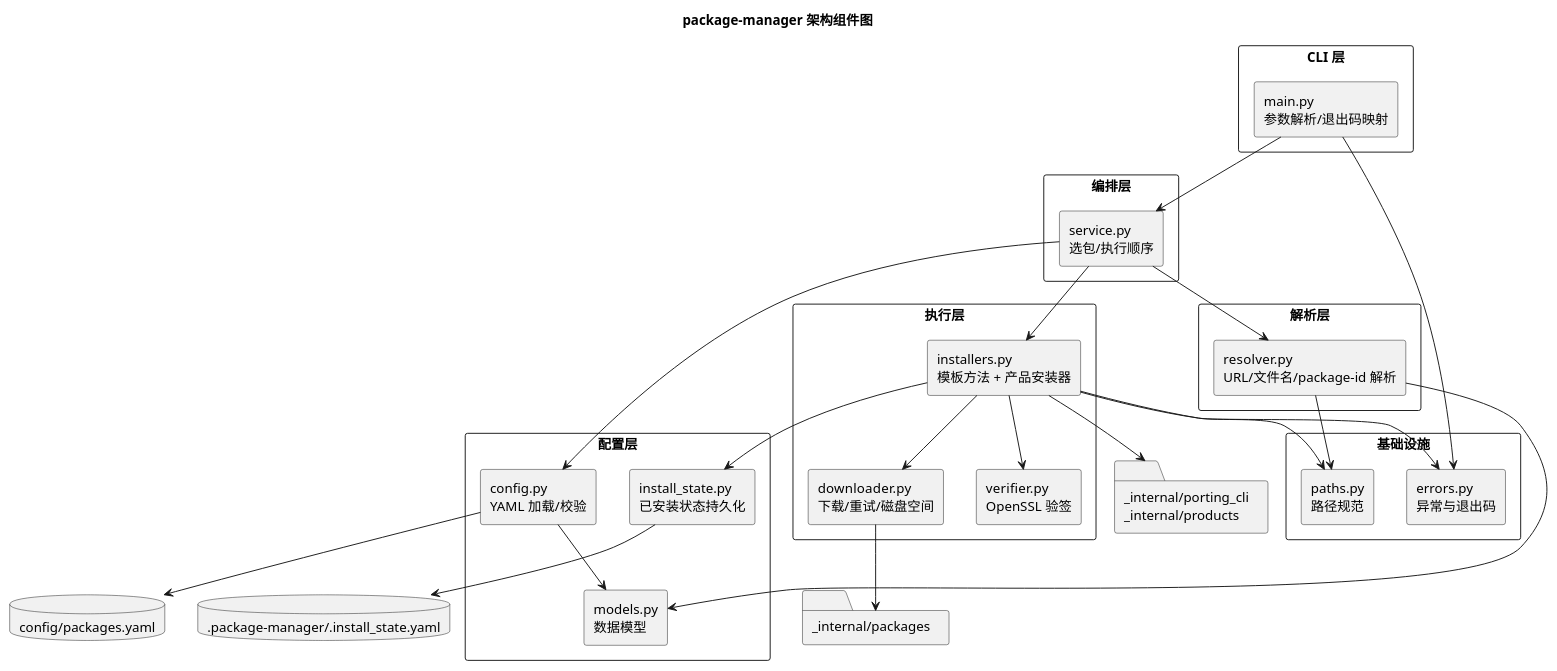
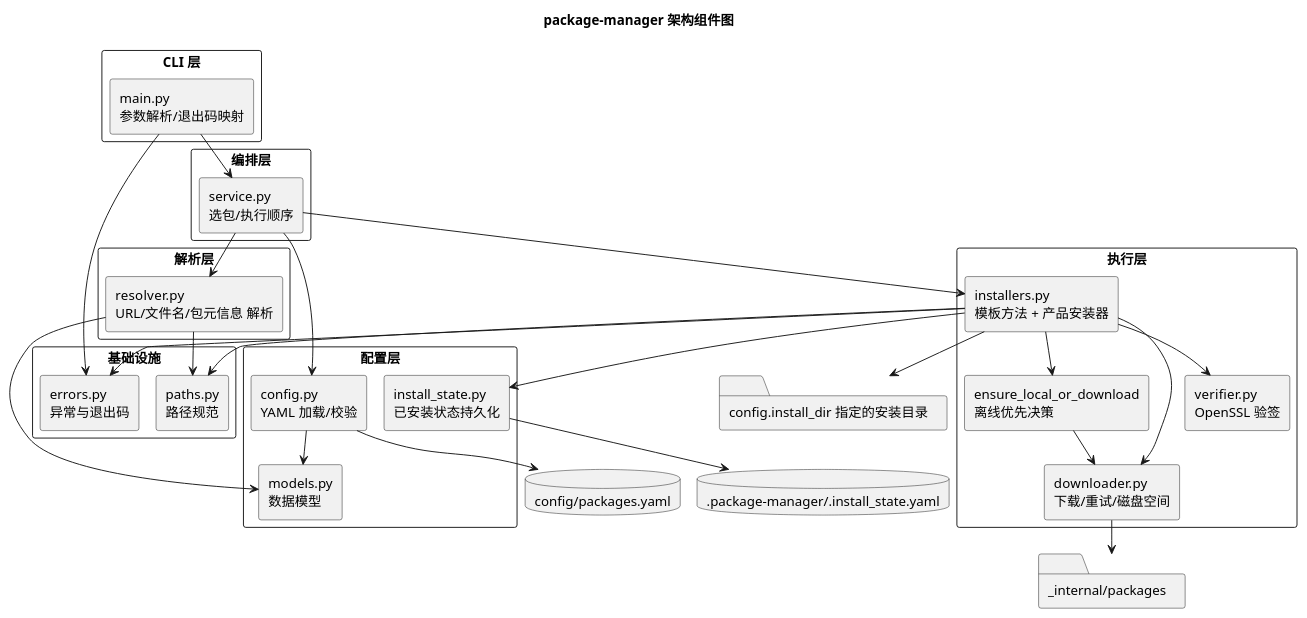
Before and after one commit to F350150/package: the diagram in docs/puml/architecture_component.puml, drawn with PlantUML. The commit also changed 46 other files, not shown here.

Commit message:
feat: refactor installer flow and docs with offline-first runtime design

```diff
--- a/docs/puml/architecture_component.puml
+++ b/docs/puml/architecture_component.puml
@@ -1,63 +1,67 @@
 @startuml
+!pragma layout smetana
 skinparam componentStyle rectangle
 skinparam packageStyle rectangle
 
 title package-manager 架构组件图
 
 package "CLI 层" {
   [main.py\n参数解析/退出码映射]
 }
 
 package "编排层" {
   [service.py\n选包/执行顺序]
 }
 
 package "配置层" {
   [config.py\nYAML 加载/校验]
   [models.py\n数据模型]
   [install_state.py\n已安装状态持久化]
 }
 
 package "解析层" {
-  [resolver.py\nURL/文件名/package-id 解析]
+  [resolver.py\nURL/文件名/包元信息 解析]
 }
 
 package "执行层" {
   [installers.py\n模板方法 + 产品安装器]
+  [ensure_local_or_download\n离线优先决策]
   [downloader.py\n下载/重试/磁盘空间]
   [verifier.py\nOpenSSL 验签]
 }
 
 package "基础设施" {
   [paths.py\n路径规范]
   [errors.py\n异常与退出码]
 }
 
 database "config/packages.yaml" as yaml
 database ".package-manager/.install_state.yaml" as state
 folder "_internal/packages" as cache
-folder "_internal/porting_cli\n_internal/products" as install_root
+folder "config.install_dir 指定的安装目录" as install_root
 
 [main.py\n参数解析/退出码映射] --> [service.py\n选包/执行顺序]
 [service.py\n选包/执行顺序] --> [config.py\nYAML 加载/校验]
-[service.py\n选包/执行顺序] --> [resolver.py\nURL/文件名/package-id 解析]
+[service.py\n选包/执行顺序] --> [resolver.py\nURL/文件名/包元信息 解析]
 [service.py\n选包/执行顺序] --> [installers.py\n模板方法 + 产品安装器]
 
 [config.py\nYAML 加载/校验] --> [models.py\n数据模型]
 [config.py\nYAML 加载/校验] --> yaml
-[resolver.py\nURL/文件名/package-id 解析] --> [models.py\n数据模型]
-[resolver.py\nURL/文件名/package-id 解析] --> [paths.py\n路径规范]
+[resolver.py\nURL/文件名/包元信息 解析] --> [models.py\n数据模型]
+[resolver.py\nURL/文件名/包元信息 解析] --> [paths.py\n路径规范]
 
 [installers.py\n模板方法 + 产品安装器] --> [install_state.py\n已安装状态持久化]
+[installers.py\n模板方法 + 产品安装器] --> [ensure_local_or_download\n离线优先决策]
+[ensure_local_or_download\n离线优先决策] --> [downloader.py\n下载/重试/磁盘空间]
 [installers.py\n模板方法 + 产品安装器] --> [downloader.py\n下载/重试/磁盘空间]
 [installers.py\n模板方法 + 产品安装器] --> [verifier.py\nOpenSSL 验签]
 [installers.py\n模板方法 + 产品安装器] --> [paths.py\n路径规范]
 [installers.py\n模板方法 + 产品安装器] --> [errors.py\n异常与退出码]
 
 [install_state.py\n已安装状态持久化] --> state
 [downloader.py\n下载/重试/磁盘空间] --> cache
 [installers.py\n模板方法 + 产品安装器] --> install_root
 
 [main.py\n参数解析/退出码映射] --> [errors.py\n异常与退出码]
 
 @enduml
```
